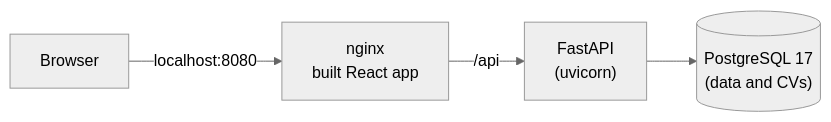
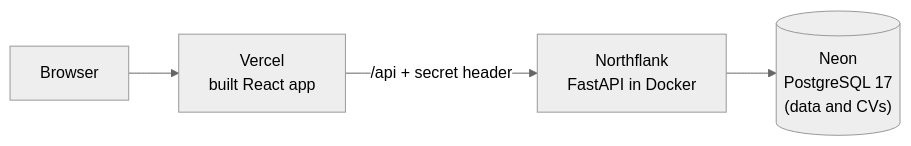
The diagram in README.en.md (Vicram4/cafe-sinnoh), drawn with Mermaid (neutral theme) before and after one commit. The commit also changed other lines of this file and 8 other files, not shown here.

Commit message:
docs: add demo link, screenshots and production architecture to the README

````diff
--- a/README.en.md
+++ b/README.en.md
@@ -41,6 +57,6 @@
 ```mermaid
 flowchart LR
-    U[Browser] -->|"localhost:8080"| N["nginx<br/>built React app"]
-    N -->|"/api"| B["FastAPI<br/>(uvicorn)"]
-    B --> D[("PostgreSQL 17<br/>(data and CVs)")]
+    U[Browser] --> V["Vercel<br/>built React app"]
+    V -->|"/api + secret header"| B["Northflank<br/>FastAPI in Docker"]
+    B --> D[("Neon<br/>PostgreSQL 17<br/>(data and CVs)")]
 ```
````
